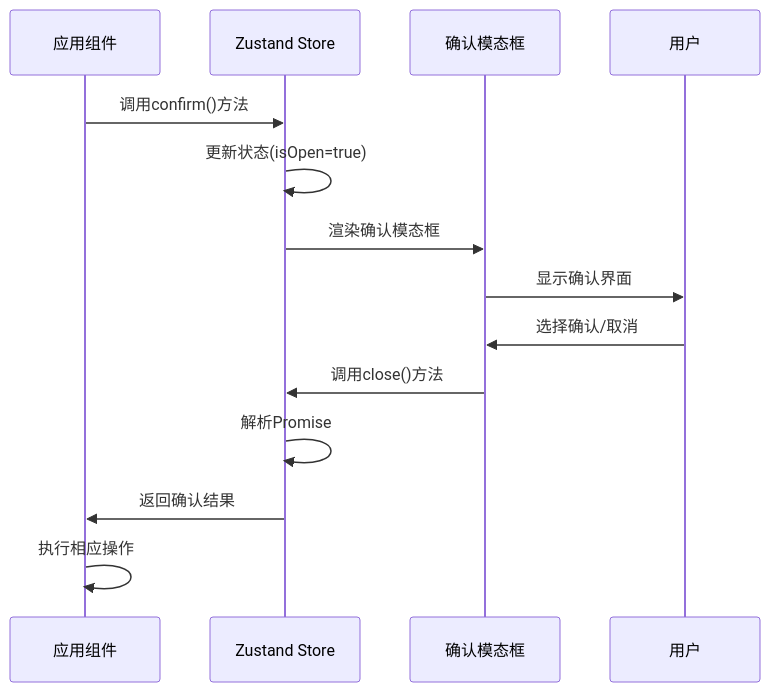
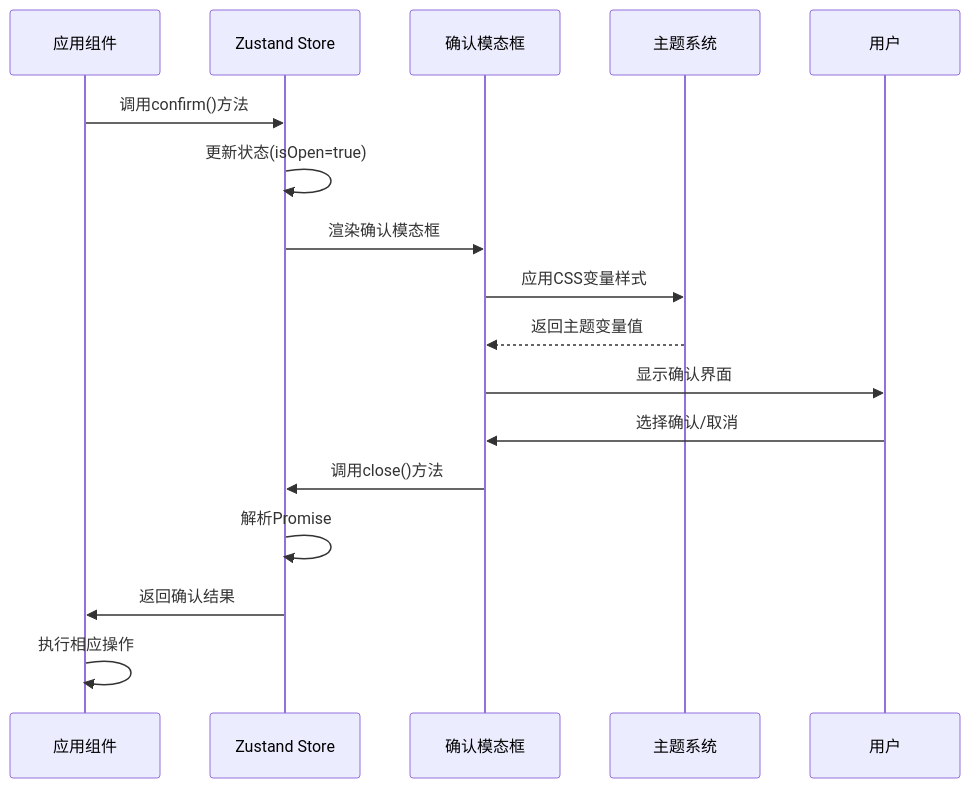
Before and after one commit to CubeEdge/Longhorn: the second of 6 diagrams in .qoder/repowiki/zh/content/Confirm Modal Enhancements.md, drawn with Mermaid. The commit also changed other lines of this file and 118 other files, not shown here.

````diff
--- a/.qoder/repowiki/zh/content/Confirm Modal Enhancements.md
+++ b/.qoder/repowiki/zh/content/Confirm Modal Enhancements.md
@@ -132,16 +146,19 @@
 ```mermaid
 sequenceDiagram
 participant App as 应用组件
 participant Store as Zustand Store
 participant Modal as 确认模态框
+participant Theme as 主题系统
 participant User as 用户
 App->>Store : 调用confirm()方法
 Store->>Store : 更新状态(isOpen=true)
 Store->>Modal : 渲染确认模态框
+Modal->>Theme : 应用CSS变量样式
+Theme-->>Modal : 返回主题变量值
 Modal->>User : 显示确认界面
 User->>Modal : 选择确认/取消
 Modal->>Store : 调用close()方法
 Store->>Store : 解析Promise
 Store->>App : 返回确认结果
 App->>App : 执行相应操作
 ```
````
